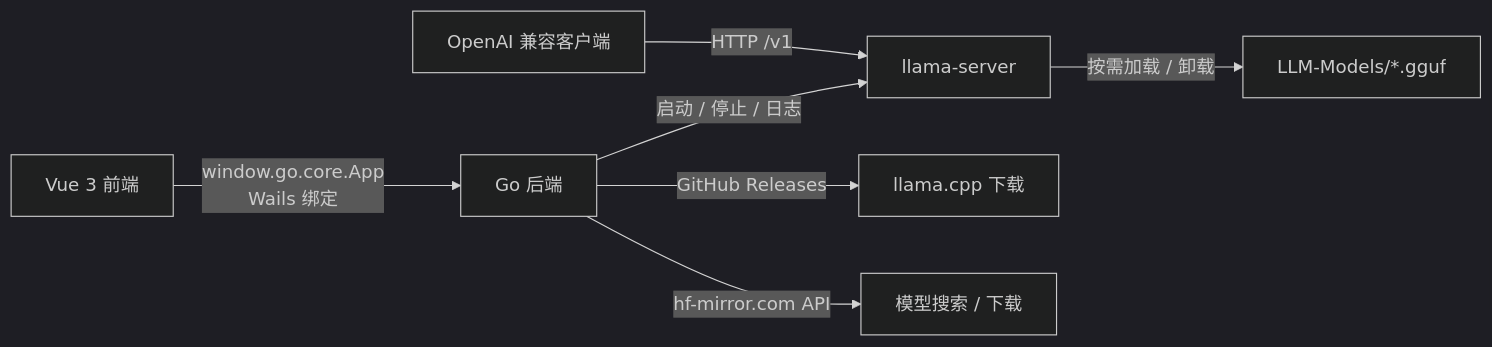
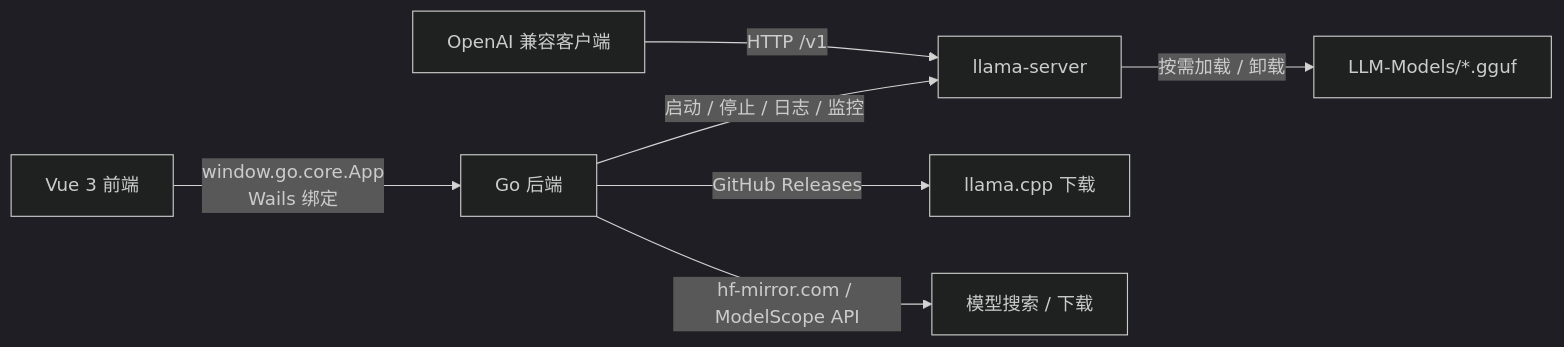
The diagram in README.md (CodeNeow/llama-cpp-desktop), drawn with Mermaid (dark theme) before and after one commit. The commit also changed other lines of this file and 10 other files, not shown here.

First line of the commit message:
docs: README 中英文重写并新增 MIT 协议，更新全部界面截图

````diff
--- a/README.md
+++ b/README.md
@@ -74,9 +84,9 @@
 ```mermaid
 graph LR
     A[Vue 3 前端] -->|window.go.core.App<br/>Wails 绑定| B[Go 后端]
-    B -->|启动 / 停止 / 日志| C[llama-server]
+    B -->|启动 / 停止 / 日志 / 监控| C[llama-server]
     C -->|按需加载 / 卸载| D[LLM-Models/*.gguf]
     B -->|GitHub Releases| E[llama.cpp 下载]
-    B -->|hf-mirror.com API| F[模型搜索 / 下载]
+    B -->|hf-mirror.com / ModelScope API| F[模型搜索 / 下载]
     G[OpenAI 兼容客户端] -->|HTTP /v1| C
 ```
````
